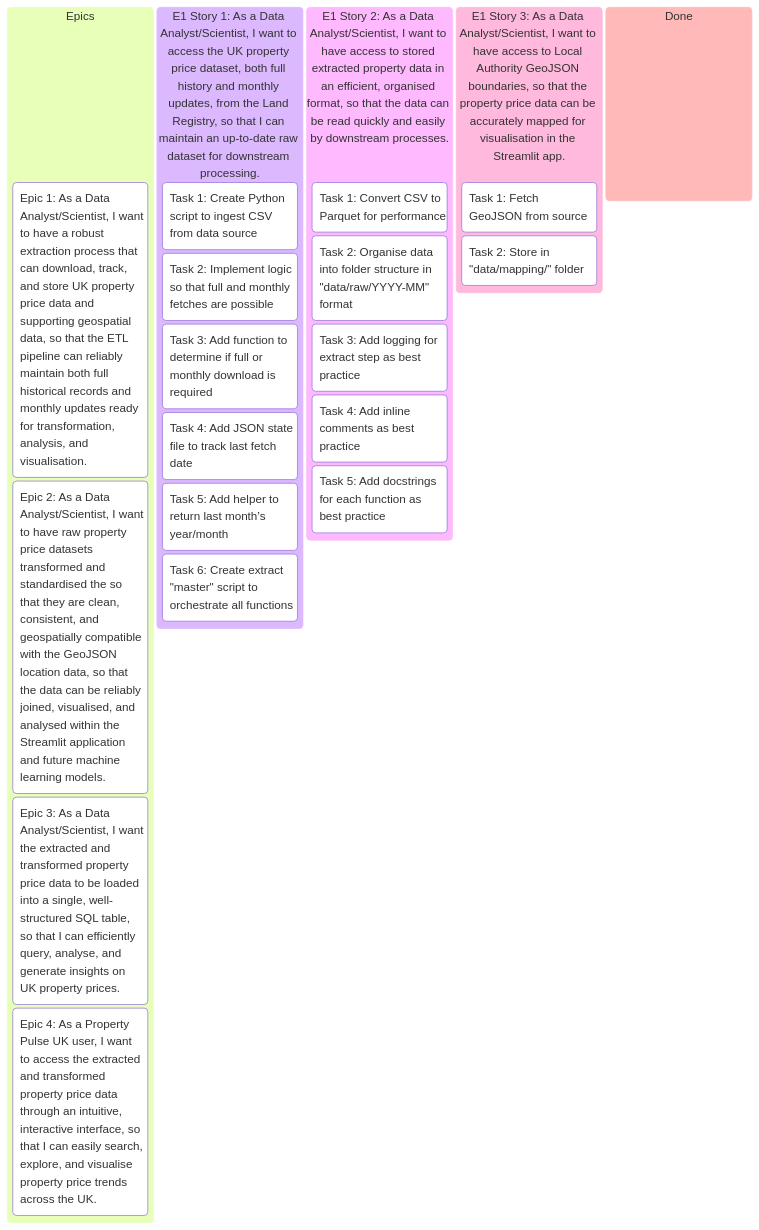
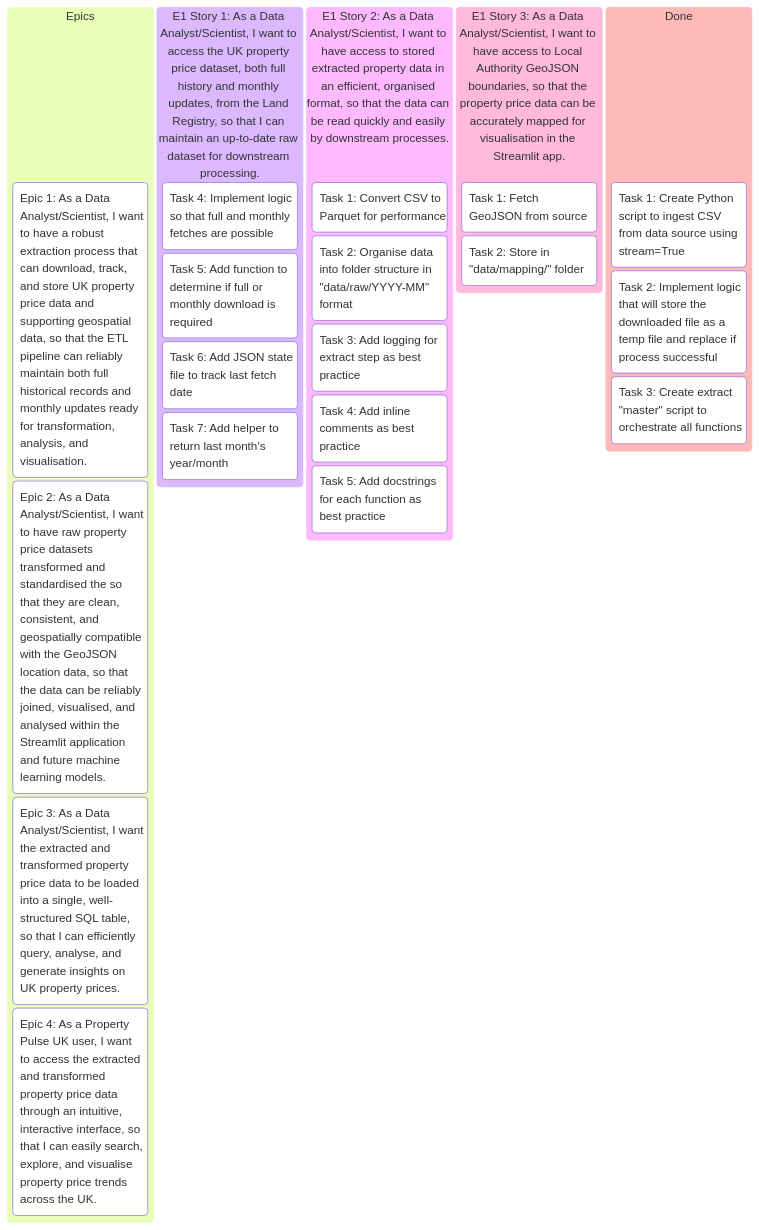
One commit to pavlekovic/property-pulse-uk changed the first of 2 diagrams in README.md. Above: the diagram before and after it, drawn with Mermaid. The commit also changed 2 other files, not shown here.

Commit message:
extract, config

````diff
--- a/README.md
+++ b/README.md
@@ -179,32 +179,34 @@
 ```mermaid
 kanban
     Epics
         (Epic 1: As a Data Analyst/Scientist, I want to have a robust extraction process that can download, track, and store UK property price data and supporting geospatial data, so that the ETL pipeline can reliably maintain both full historical records and monthly updates ready for transformation, analysis, and visualisation.)
 
         (Epic 2: As a Data Analyst/Scientist, I want to have raw property price datasets transformed and standardised the so that they are clean, consistent, and geospatially compatible with the GeoJSON location data, so that the data can be reliably joined, visualised, and analysed within the Streamlit application and future machine learning models.)
 
         (Epic 3: As a Data Analyst/Scientist, I want the extracted and transformed property price data to be loaded into a single, well-structured SQL table, so that I can efficiently query, analyse, and generate insights on UK property prices.)
 
         (Epic 4: As a Property Pulse UK user, I want to access the extracted and transformed property price data through an intuitive, interactive interface, so that I can easily search, explore, and visualise property price trends across the UK.)
 
     (E1 Story 1: As a Data Analyst/Scientist, I want to access the UK property price dataset, both full history and monthly updates, from the Land Registry, so that I can maintain an up-to-date raw dataset for downstream processing.)
-        Task 1: Create Python script to ingest CSV from data source
-        Task 2: Implement logic so that full and monthly fetches are possible
-        Task 3: Add function to determine if full or monthly download is required
-        Task 4: Add JSON state file to track last fetch date
-        Task 5: Add helper to return last month’s year/month
-        Task 6: Create extract "master" script to orchestrate all functions
+        Task 4: Implement logic so that full and monthly fetches are possible
+        Task 5: Add function to determine if full or monthly download is required
+        Task 6: Add JSON state file to track last fetch date
+        Task 7: Add helper to return last month’s year/month
+        
 
     (E1 Story 2: As a Data Analyst/Scientist, I want to have access to stored extracted property data in an efficient, organised format, so that the data can be read quickly and easily by downstream processes.)
         Task 1: Convert CSV to Parquet for performance
         Task 2: Organise data into folder structure in "data/raw/YYYY-MM" format
         Task 3: Add logging for extract step as best practice
         Task 4: Add inline comments as best practice
         Task 5: Add docstrings for each function as best practice
 
     (E1 Story 3: As a Data Analyst/Scientist, I want to have access to Local Authority GeoJSON boundaries, so that the property price data can be accurately mapped for visualisation in the Streamlit app.)
         Task 1: Fetch GeoJSON from source
         Task 2: Store in "data/mapping/" folder
 
     Done
+        Task 1: Create Python script to ingest CSV from data source using stream=True
+        Task 2: Implement logic that will store the downloaded file as a temp file and replace if process successful
+        Task 3: Create extract "master" script to orchestrate all functions
 ```
````
